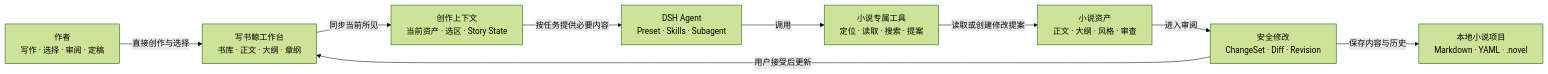
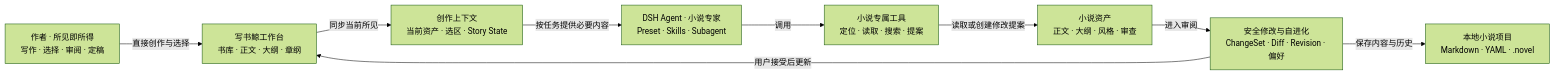
One commit to shuaweng/DSH_xieshujing changed the diagram in README.md. Above: the diagram before and after it, drawn with Mermaid (forest theme). The commit also changed other lines of this file and 1 other file, not shown here.

````diff
--- a/README.md
+++ b/README.md
@@ -19,20 +39,20 @@
 ```mermaid
 flowchart LR
-  Writer["作者<br/>写作 · 选择 · 审阅 · 定稿"]
+  Writer["作者 · 所见即所得<br/>写作 · 选择 · 审阅 · 定稿"]
   Workbench["写书鲸工作台<br/>书库 · 正文 · 大纲 · 章纲"]
   Context["创作上下文<br/>当前资产 · 选区 · Story State"]
-  Agent["DSH Agent<br/>Preset · Skills · Subagent"]
+  Agent["DSH Agent · 小说专家<br/>Preset · Skills · Subagent"]
   Tools["小说专属工具<br/>定位 · 读取 · 搜索 · 提案"]
   Assets["小说资产<br/>正文 · 大纲 · 风格 · 审查"]
-  Safety["安全修改<br/>ChangeSet · Diff · Revision"]
+  Safety["安全修改与自进化<br/>ChangeSet · Diff · Revision · 偏好"]
   Files["本地小说项目<br/>Markdown · YAML · .novel"]
 
   Writer -->|直接创作与选择| Workbench
   Workbench -->|同步当前所见| Context
   Context -->|按任务提供必要内容| Agent
   Agent -->|调用| Tools
   Tools -->|读取或创建修改提案| Assets
   Assets -->|进入审阅| Safety
   Safety -->|用户接受后更新| Workbench
   Safety -->|保存内容与历史| Files
 ```
````
